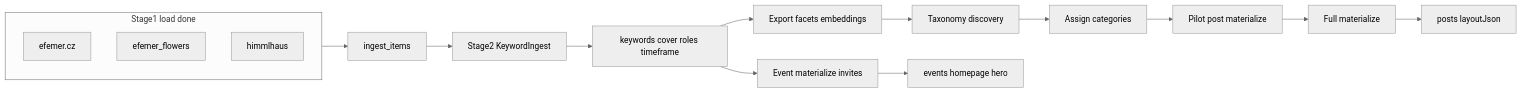
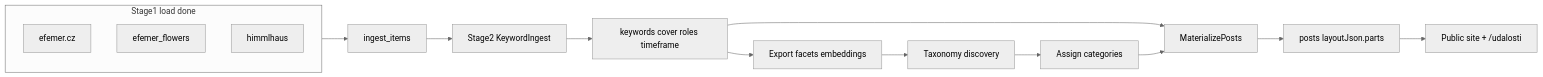
Before and after one commit to criq/efemer: the first of 2 diagrams in .cursor/plans/multi-stage_content_loader_a47d70e4.plan.md, drawn with Mermaid (neutral theme). The commit also changed other lines of this file and 6 other files, not shown here.

````diff
--- a/.cursor/plans/multi-stage_content_loader_a47d70e4.plan.md
+++ b/.cursor/plans/multi-stage_content_loader_a47d70e4.plan.md
@@ -128,20 +128,19 @@
 ```mermaid
 flowchart LR
   subgraph stage1 [Stage1 load done]
     E[efemer.cz]
     F[efemer_flowers]
     H[himmlhaus]
   end
   IE[ingest_items]
   stage1 --> IE
   IE --> stage2[Stage2 KeywordIngest]
   stage2 --> KW[keywords cover roles timeframe]
   KW --> corpus[Export facets embeddings]
   corpus --> review[Taxonomy discovery]
   review --> cats[Assign categories]
-  KW --> events[Event materialize invites]
-  cats --> pilot[Pilot post materialize]
-  pilot --> stage3[Full materialize]
-  stage3 --> posts[posts layoutJson]
-  events --> ev[events homepage hero]
+  KW --> mat[MaterializePosts]
+  cats --> mat
+  mat --> posts[posts layoutJson.parts]
+  posts --> pub[Public site + /udalosti]
 ```
````
